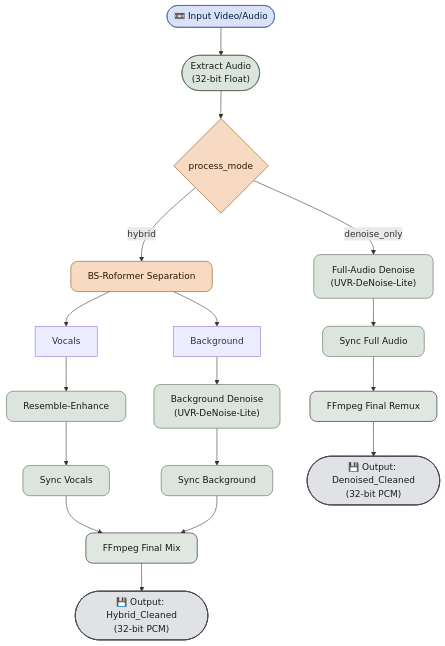
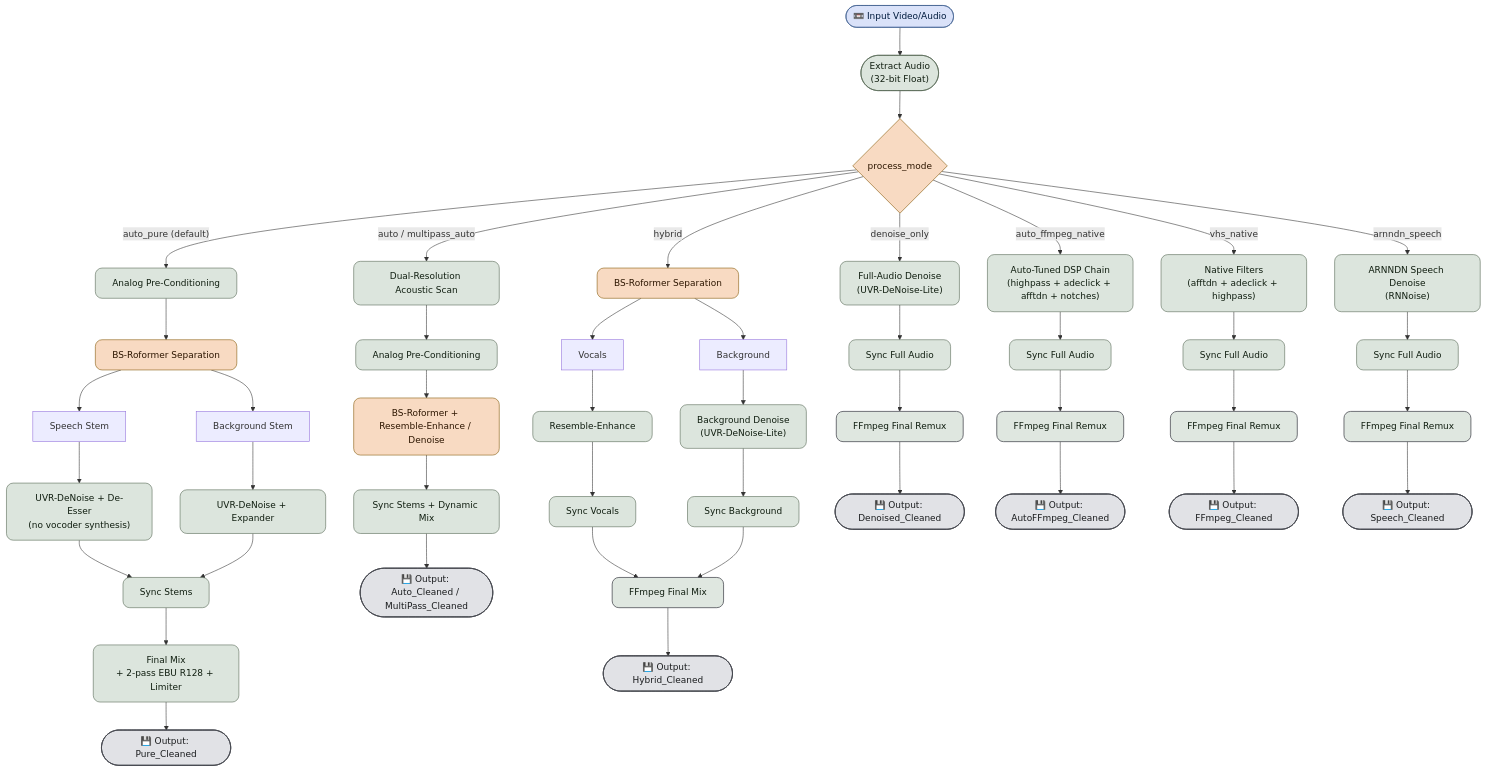
Before and after one commit to ventura8/AI-Hybrid-VHS-Audio-Restorer: the first of 2 diagrams in README.md, drawn with Mermaid. The commit also changed other lines of this file and 82 other files, not shown here.

First line of the commit message:
release v1.1.0 with auto_pure restoration, analog pre-conditioning, and neural audio mastering

````diff
--- a/README.md
+++ b/README.md
@@ -73,31 +147,66 @@
 ```mermaid
 flowchart TD
 %% Material You (Material 3) Muted Tonal Palette
 classDef input fill:#DAE2F9,stroke:#3F5F91,stroke-width:1px,color:#001B3E,rx:40,ry:40;
 classDef processing fill:#DCE5DD,stroke:#526350,stroke-width:1px,color:#101E10,rx:12,ry:12;
 classDef model fill:#F8DAC2,stroke:#825500,stroke-width:1px,color:#2D1600,rx:12,ry:12;
 classDef output fill:#E1E2E6,stroke:#44474E,stroke-width:1.5px,color:#1A1C1E,rx:40,ry:40;
 
 A(["📼 Input Video/Audio"]):::input --> B(["Extract Audio<br/>(32-bit Float)"]):::processing
 B --> MODE{"process_mode"}:::model
 
+MODE -->|"auto_pure (default)"| PP["Analog Pre-Conditioning"]:::processing
+PP --> PS["BS-Roformer Separation"]:::model
+PS --> PV["Speech Stem"]
+PS --> PB["Background Stem"]
+PV --> PVD["UVR-DeNoise + De-Esser<br/>(no vocoder synthesis)"]:::processing
+PB --> PBD["UVR-DeNoise + Expander"]:::processing
+PVD --> PSY["Sync Stems"]:::processing
+PBD --> PSY
+PSY --> PMIX["Final Mix<br/>+ 2-pass EBU R128 + Limiter"]:::processing
+PMIX --> POUT(["💾 Output: Pure_Cleaned"]):::output
+
+MODE -->|"auto / multipass_auto"| AP1["Dual-Resolution Acoustic Scan"]:::processing
+AP1 --> AP2["Analog Pre-Conditioning"]:::processing
+AP2 --> AP3["BS-Roformer + Resemble-Enhance / Denoise"]:::model
+AP3 --> AP4["Sync Stems + Dynamic Mix"]:::processing
+AP4 --> APOUT(["💾 Output: Auto_Cleaned / MultiPass_Cleaned"]):::output
+
 MODE -->|"hybrid"| RO["BS-Roformer Separation"]:::model
 RO --> V["Vocals"]
 RO --> I["Background"]
 V --> VE["Resemble-Enhance"]:::processing
 I --> BD["Background Denoise<br/>(UVR-DeNoise-Lite)"]:::processing
 VE --> SV["Sync Vocals"]:::processing
 BD --> SB["Sync Background"]:::processing
 SV --> HMIX["FFmpeg Final Mix"]:::processing
 SB --> HMIX
-HMIX --> HOUT(["💾 Output: Hybrid_Cleaned<br/>(32-bit PCM)"]):::output
+HMIX --> HOUT(["💾 Output: Hybrid_Cleaned"]):::output
 
 MODE -->|"denoise_only"| FD["Full-Audio Denoise<br/>(UVR-DeNoise-Lite)"]:::processing
 FD --> FS["Sync Full Audio"]:::processing
 FS --> FMUX["FFmpeg Final Remux"]:::processing
-FMUX --> FOUT(["💾 Output: Denoised_Cleaned<br/>(32-bit PCM)"]):::output
+FMUX --> FOUT(["💾 Output: Denoised_Cleaned"]):::output
+
+MODE -->|"auto_ffmpeg_native"| AFN["Auto-Tuned DSP Chain<br/>(highpass + adeclick + afftdn + notches)"]:::processing
+AFN --> AFS["Sync Full Audio"]:::processing
+AFS --> AFMIX["FFmpeg Final Remux"]:::processing
+AFMIX --> AFOUT(["💾 Output: AutoFFmpeg_Cleaned"]):::output
+
+MODE -->|"vhs_native"| VN["Native Filters<br/>(afftdn + adeclick + highpass)"]:::processing
+VN --> VS["Sync Full Audio"]:::processing
+VS --> VMUX["FFmpeg Final Remux"]:::processing
+VMUX --> VOUT(["💾 Output: FFmpeg_Cleaned"]):::output
+
+MODE -->|"arnndn_speech"| SN["ARNNDN Speech Denoise<br/>(RNNoise)"]:::processing
+SN --> SS["Sync Full Audio"]:::processing
+SS --> SMUX["FFmpeg Final Remux"]:::processing
+SMUX --> SOUT(["💾 Output: Speech_Cleaned"]):::output
 
 %% Material You Subgraph Styling (Subtle Contours)
 style HMIX fill:#DCE5DD,stroke:#44474E,stroke-width:1.5px,opacity:0.9
 style FMUX fill:#DCE5DD,stroke:#44474E,stroke-width:1.5px,opacity:0.9
+style AFMIX fill:#DCE5DD,stroke:#44474E,stroke-width:1.5px,opacity:0.9
+style VMUX fill:#DCE5DD,stroke:#44474E,stroke-width:1.5px,opacity:0.9
+style SMUX fill:#DCE5DD,stroke:#44474E,stroke-width:1.5px,opacity:0.9
 ```
````
